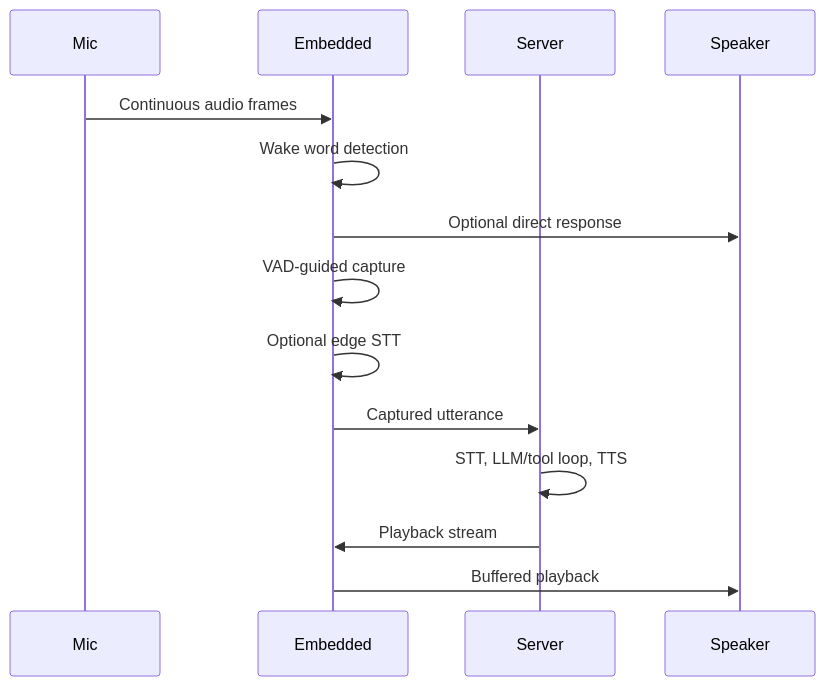
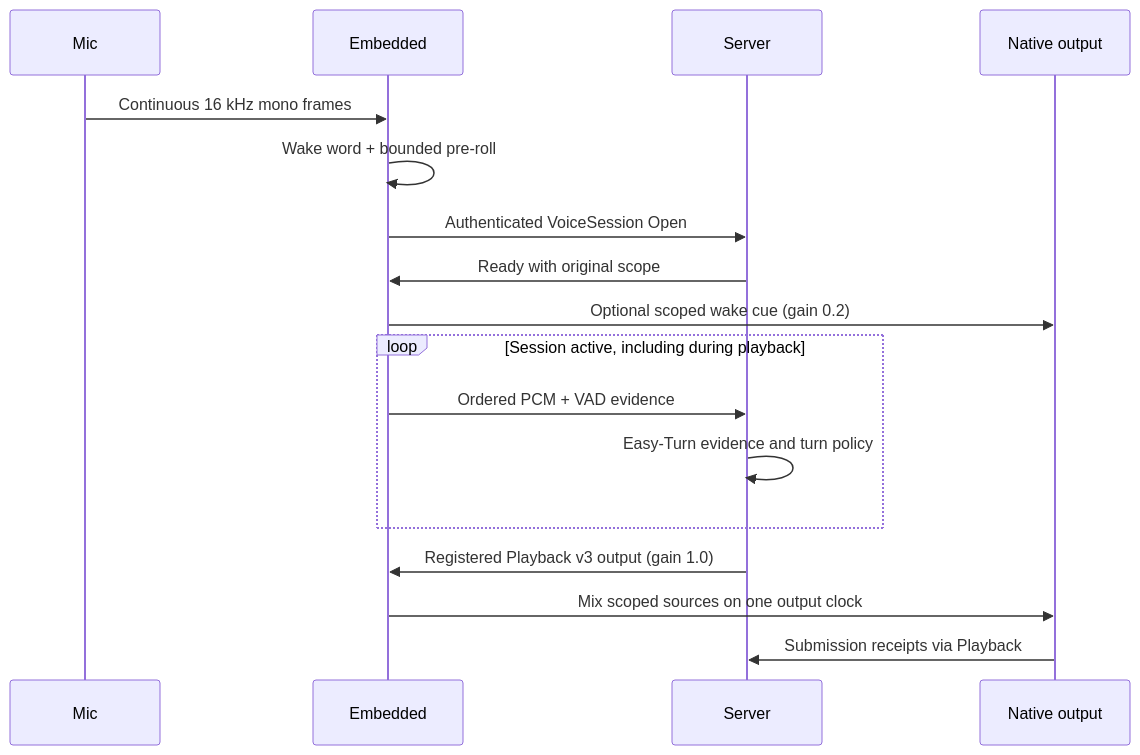
One commit to Ke-Qiao/project-alia changed the diagram in packages/alia-embedded/docs/audio-and-voice.md. Above: the diagram before and after it, drawn with Mermaid. The commit also changed other lines of this file and 156 other files, not shown here.

Commit message:
refactor: remove legacy voice paths and add scoped native mixing

````diff
--- a/packages/alia-embedded/docs/audio-and-voice.md
+++ b/packages/alia-embedded/docs/audio-and-voice.md
@@ -8,17 +12,19 @@
 ```mermaid
 sequenceDiagram
     participant Mic
     participant Embedded
     participant Server
-    participant Speaker
-
-    Mic->>Embedded: Continuous audio frames
-    Embedded->>Embedded: Wake word detection
-    Embedded->>Speaker: Optional direct response
-    Embedded->>Embedded: VAD-guided capture
-    Embedded->>Embedded: Optional edge STT
-    Embedded->>Server: Captured utterance
-    Server->>Server: STT, LLM/tool loop, TTS
-    Server->>Embedded: Playback stream
-    Embedded->>Speaker: Buffered playback
+    participant Native as Native output
+    Mic->>Embedded: Continuous 16 kHz mono frames
+    Embedded->>Embedded: Wake word + bounded pre-roll
+    Embedded->>Server: Authenticated VoiceSession Open
+    Server->>Embedded: Ready with original scope
+    Embedded->>Native: Optional scoped wake cue (gain 0.2)
+    loop Session active, including during playback
+        Embedded->>Server: Ordered PCM + VAD evidence
+        Server->>Server: Easy-Turn evidence and turn policy
+    end
+    Server->>Embedded: Registered Playback v3 output (gain 1.0)
+    Embedded->>Native: Mix scoped sources on one output clock
+    Native->>Server: Submission receipts via Playback
 ```
````
